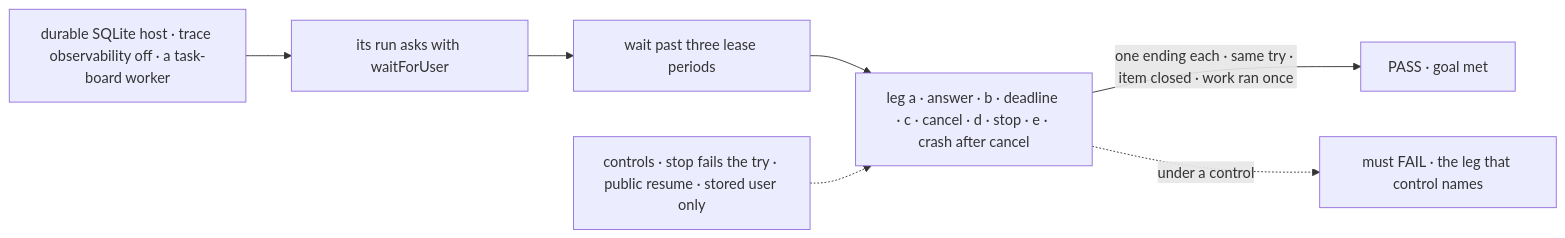
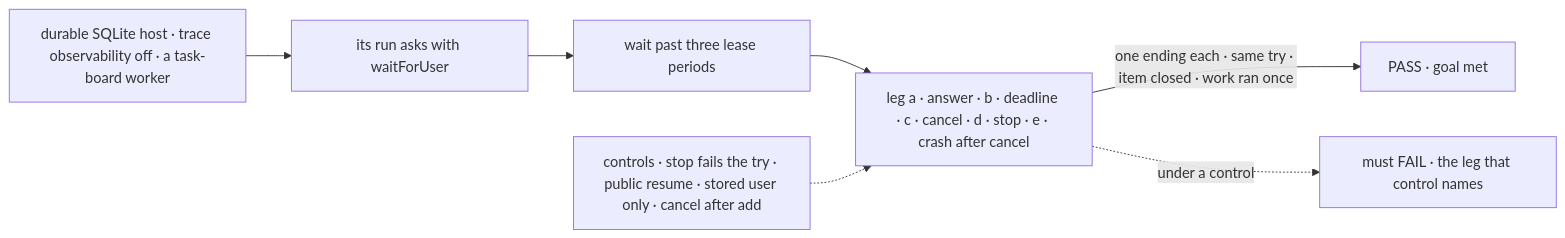
One commit to fixpoint-labs/flow-state-dev changed the first of 2 diagrams in specs/issues/FIX-2129/SPEC.md. Above: the diagram before and after it, drawn with Mermaid. The commit also changed other lines of this file and 1 other file, not shown here.

First line of the commit message:
spec(FIX-2129): a cross-board child of a cancelled task is never claimable; racing leg c' and a cancel-after-add control

````diff
--- a/specs/issues/FIX-2129/SPEC.md
+++ b/specs/issues/FIX-2129/SPEC.md
@@ -35,9 +35,9 @@
 ```mermaid
 flowchart LR
   H["durable SQLite host · trace observability off · a task-board worker"] --> S["its run asks with waitForUser"]
   S --> W["wait past three lease periods"]
   W --> E["leg a · answer · b · deadline · c · cancel · d · stop · e · crash after cancel"]
   E -->|"one ending each · same try · item closed · work ran once"| P["PASS · goal met"]
-  C["controls · stop fails the try · public resume · stored user only"] -.-> E
+  C["controls · stop fails the try · public resume · stored user only · cancel after add"] -.-> E
   E -.->|"under a control"| F["must FAIL · the leg that control names"]
 ```
````
